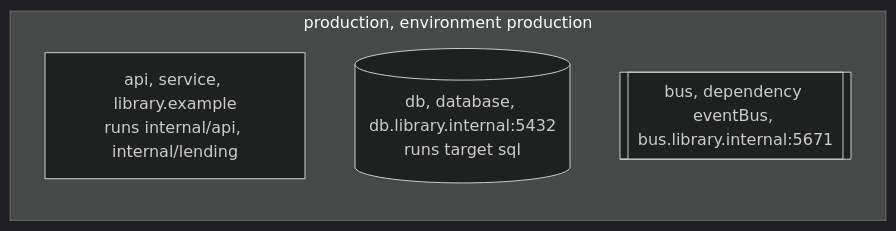
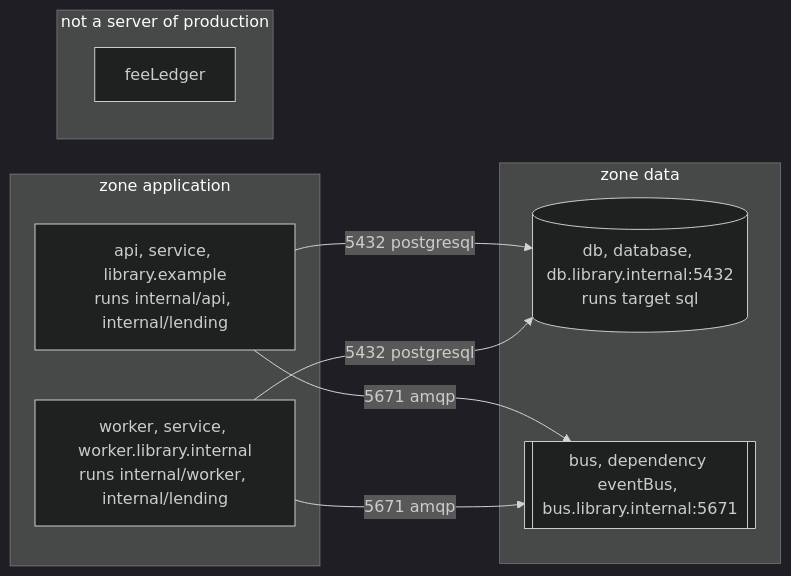
Before and after one commit to SpecArch/specarch: the third of 3 diagrams in examples/library-lending/docs/deployment.md, drawn with Mermaid (dark theme). The commit also changed other lines of this file and 22 other files, not shown here.

````diff
--- a/examples/library-lending/docs/deployment.md
+++ b/examples/library-lending/docs/deployment.md
@@ -91,8 +92,18 @@
 ```mermaid
 flowchart LR
-  subgraph deployment_production["production, environment production"]
+  subgraph zone_application["zone application"]
     server_api["api, service, library.example<br/>runs internal/api, internal/lending"]
+    server_worker["worker, service, worker.library.internal<br/>runs internal/worker, internal/lending"]
+  end
+  subgraph zone_data["zone data"]
     server_db[("db, database, db.library.internal:5432<br/>runs target sql")]
     server_bus[["bus, dependency eventBus, bus.library.internal:5671"]]
   end
+  server_api -->|"5432 postgresql"| server_db
+  server_api -->|"5671 amqp"| server_bus
+  server_worker -->|"5432 postgresql"| server_db
+  server_worker -->|"5671 amqp"| server_bus
+  subgraph unreached_production["not a server of production"]
+    dependency_feeLedger["feeLedger"]
+  end
 ```
````
